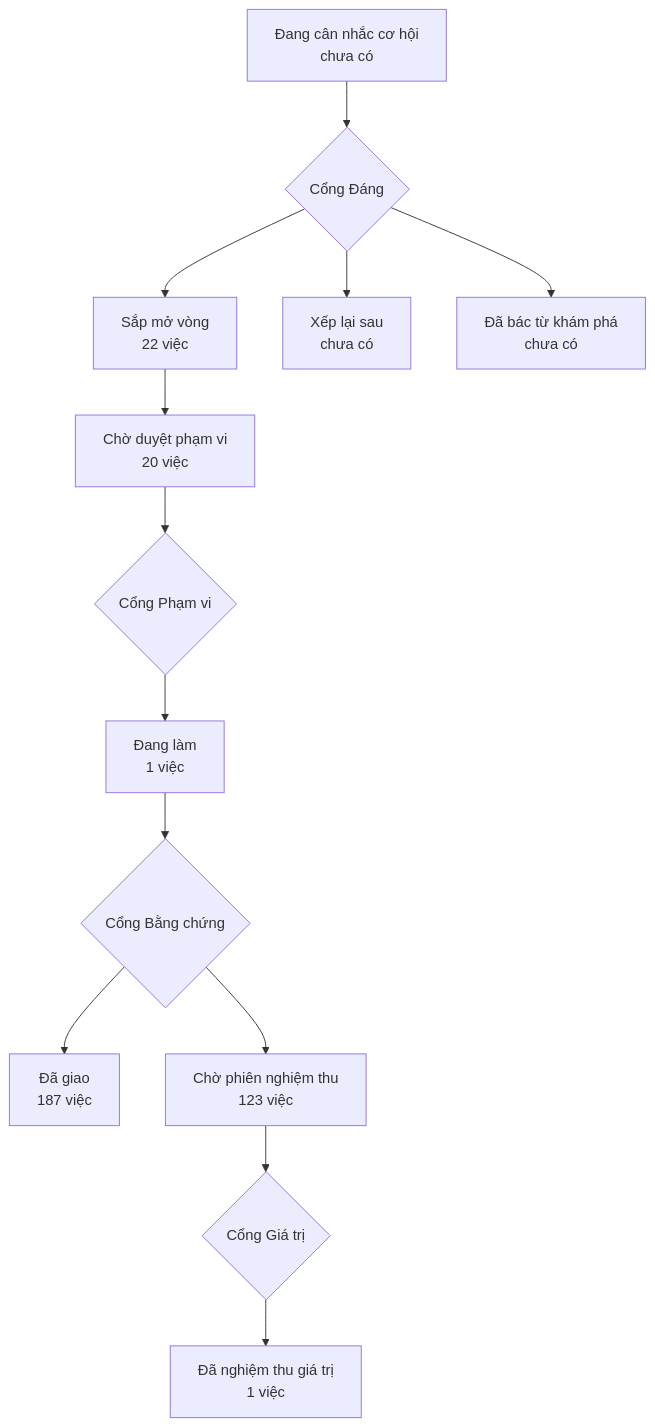
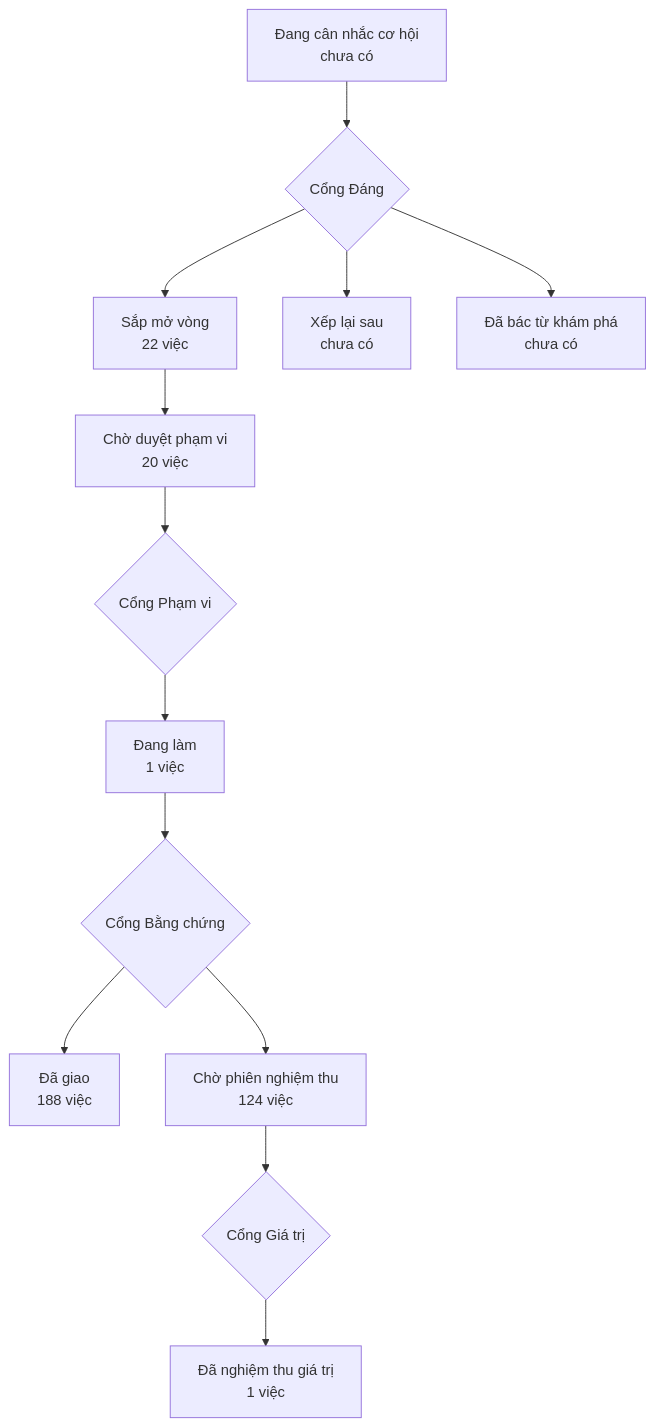
Before and after one commit to phanlemanh/onehub-invest: the diagram in PRODUCT-MAP.md, drawn with Mermaid. The commit also changed other lines of this file and 1 other file, not shown here.

Commit message:
docs: sinh lại bản đồ sản phẩm và lộ trình sau khi gộp main

````diff
--- a/PRODUCT-MAP.md
+++ b/PRODUCT-MAP.md
@@ -7,12 +7,12 @@
 ```mermaid
 flowchart TD
   A["Đang cân nhắc cơ hội<br/>chưa có"] --> GD{"Cổng Đáng"}
   GD --> B["Sắp mở vòng<br/>22 việc"]
   GD --> XL["Xếp lại sau<br/>chưa có"]
   GD --> DB["Đã bác từ khám phá<br/>chưa có"]
   B --> CD["Chờ duyệt phạm vi<br/>20 việc"] --> GP{"Cổng Phạm vi"}
   GP --> DL["Đang làm<br/>1 việc"] --> GB{"Cổng Bằng chứng"}
-  GB --> DG["Đã giao<br/>187 việc"]
-  GB --> CN["Chờ phiên nghiệm thu<br/>123 việc"] --> GG{"Cổng Giá trị"}
+  GB --> DG["Đã giao<br/>188 việc"]
+  GB --> CN["Chờ phiên nghiệm thu<br/>124 việc"] --> GG{"Cổng Giá trị"}
   GG --> NT["Đã nghiệm thu giá trị<br/>1 việc"]
 ```
````
